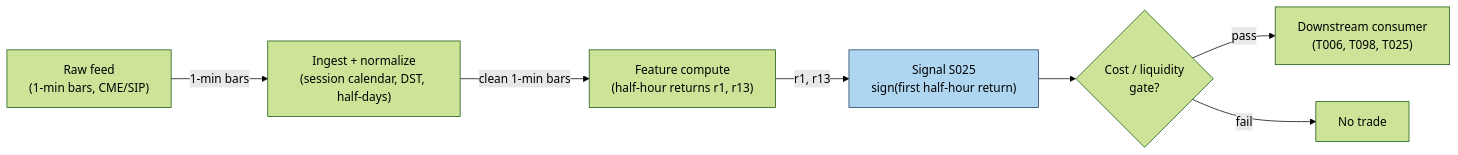
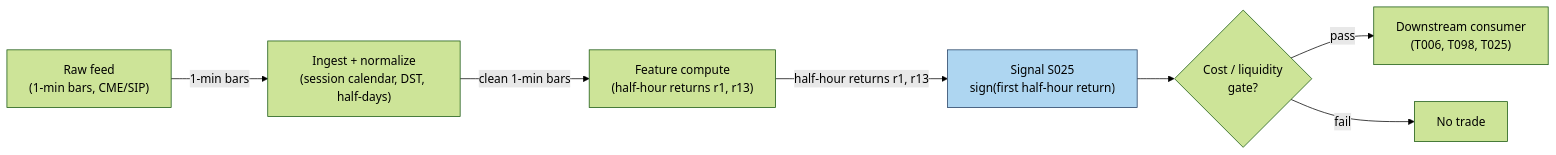
The diagram in batches/SB1/S025.md (praveenguptahcl/quant-signals-deep), drawn with Mermaid (forest theme) before and after one commit. The commit also changed other lines of this file and 367 other files, not shown here.

````diff
--- a/batches/SB1/S025.md
+++ b/batches/SB1/S025.md
@@ -188,10 +188,10 @@
 ```mermaid
 flowchart LR
     FEED["Raw feed\n(1-min bars, CME/SIP)"] -->|"1-min bars"| ING["Ingest + normalize\n(session calendar, DST, half-days)"]
     ING -->|"clean 1-min bars"| FEAT["Feature compute\n(half-hour returns r1, r13)"]
-    FEAT -->|"r1, r13"| SIG["Signal S025\nsign(first half-hour return)"]
+    FEAT -->|"half-hour returns r1, r13"| SIG["Signal S025\nsign(first half-hour return)"]
     SIG --> GATE{"Cost / liquidity\ngate?"}
     GATE -->|pass| OUT["Downstream consumer\n(T006, T098, T025)"]
     GATE -->|fail| DROP["No trade"]
     style SIG fill:#aed6f1,stroke:#1f3a5f
 ```
````
